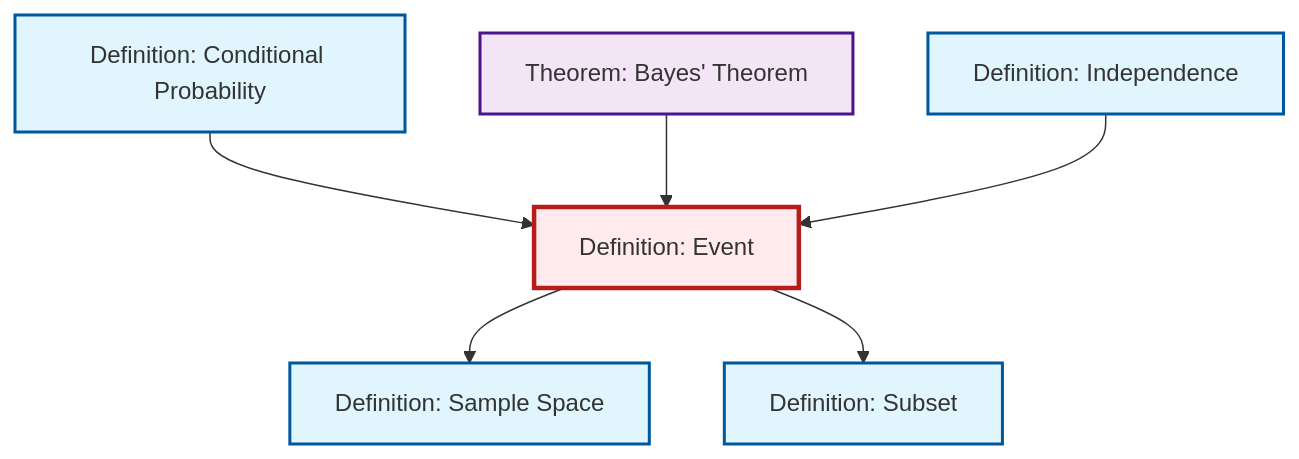
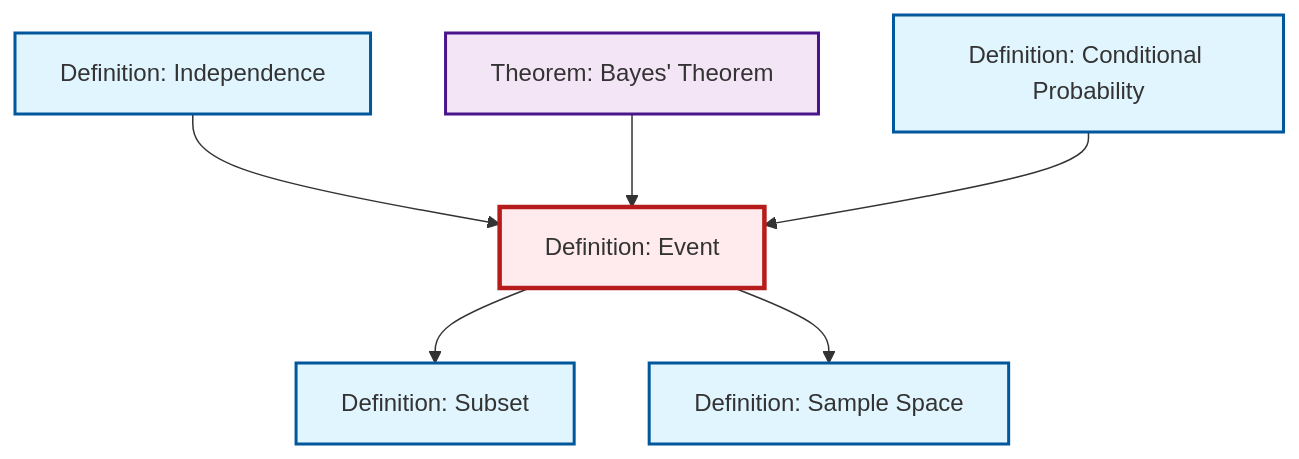
One commit to RK0429/ModernMath changed the diagram in content/ja/probability-statistics/def-event.qmd. Above: the diagram before and after it, drawn with Mermaid. The commit also changed other lines of this file and 634 other files, not shown here.

````diff
--- a/content/ja/probability-statistics/def-event.qmd
+++ b/content/ja/probability-statistics/def-event.qmd
@@ -70,26 +70,26 @@
 ```{mermaid}
 %%| fig-cap: "Local dependency graph"
 graph TD
     classDef definition fill:#e1f5fe,stroke:#01579b,stroke-width:2px
     classDef theorem fill:#f3e5f5,stroke:#4a148c,stroke-width:2px
     classDef axiom fill:#fff3e0,stroke:#e65100,stroke-width:2px
     classDef example fill:#e8f5e9,stroke:#1b5e20,stroke-width:2px
     classDef current fill:#ffebee,stroke:#b71c1c,stroke-width:3px
+    def-independence["Definition: Independence"]:::definition
+    def-conditional-probability["Definition: Conditional Probability"]:::definition
     thm-bayes["Theorem: Bayes' Theorem"]:::theorem
     def-event["Definition: Event"]:::definition
     def-subset["Definition: Subset"]:::definition
-    def-independence["Definition: Independence"]:::definition
     def-sample-space["Definition: Sample Space"]:::definition
-    def-conditional-probability["Definition: Conditional Probability"]:::definition
+    def-independence --> def-event
+    thm-bayes --> def-event
     def-conditional-probability --> def-event
-    thm-bayes --> def-event
-    def-independence --> def-event
+    def-event --> def-subset
     def-event --> def-sample-space
-    def-event --> def-subset
     class def-event current
+    click def-independence "def-independence.html" "Definition: Independenceへ"
+    click def-conditional-probability "def-conditional-probability.html" "Definition: Conditional Probabilityへ"
     click thm-bayes "thm-bayes.html" "Theorem: Bayes' Theoremへ"
     click def-subset "def-subset.html" "Definition: Subsetへ"
-    click def-independence "def-independence.html" "Definition: Independenceへ"
     click def-sample-space "def-sample-space.html" "Definition: Sample Spaceへ"
-    click def-conditional-probability "def-conditional-probability.html" "Definition: Conditional Probabilityへ"
 ```
````
